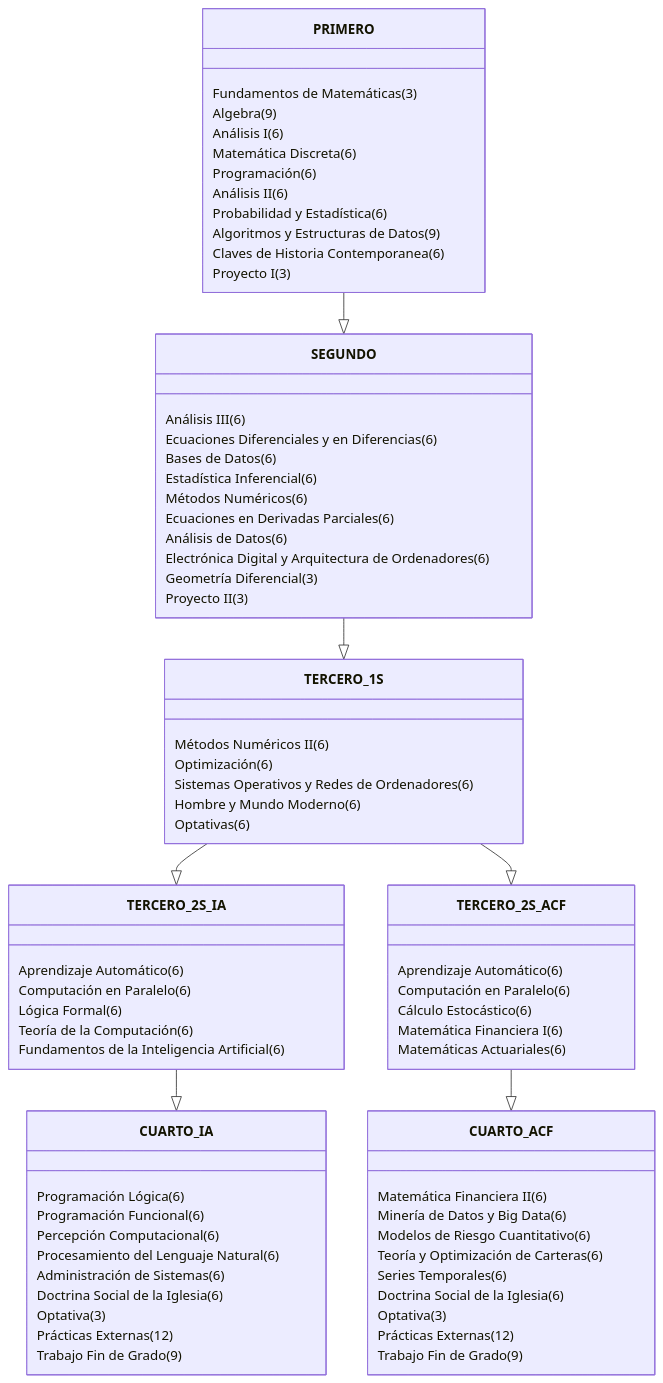
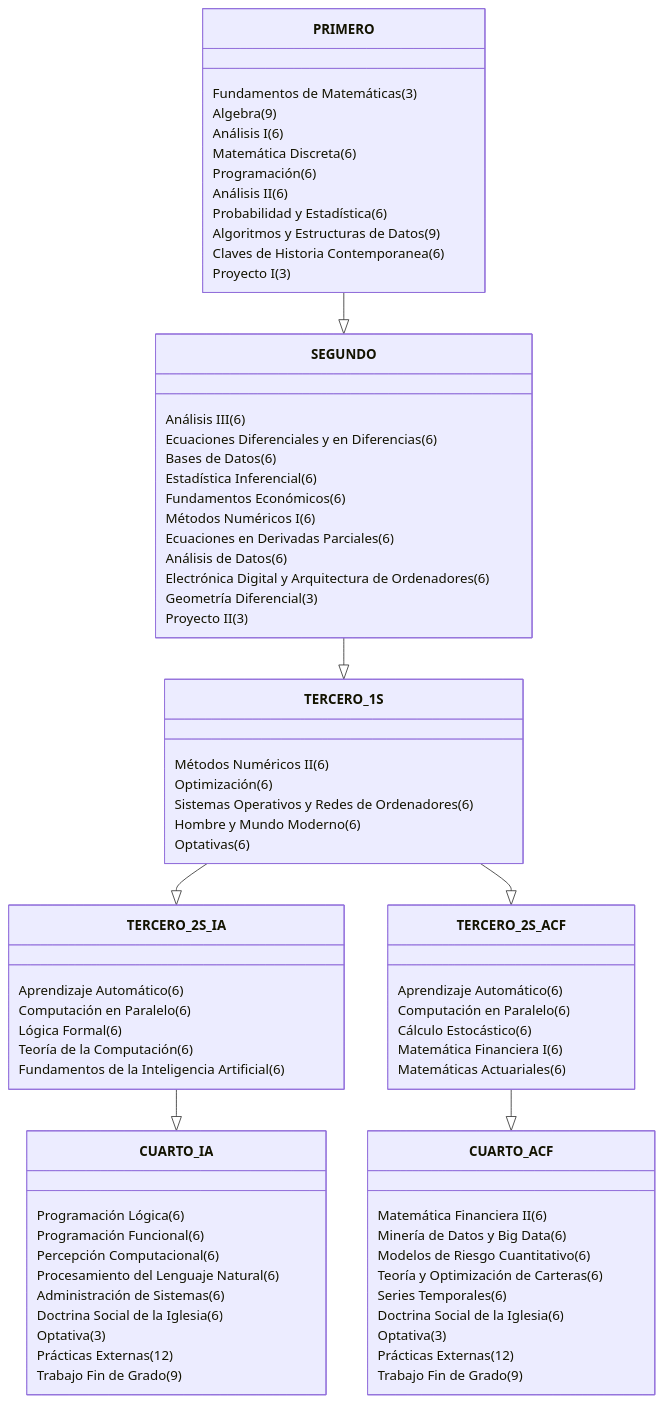
The diagram in content/plan-estudios/index.md (asalber/grado-ingenieria-matematica), drawn with Mermaid before and after one commit. The commit also changed 45 other files, not shown here.

```diff
--- a/content/plan-estudios/index.md
+++ b/content/plan-estudios/index.md
@@ -7,76 +7,77 @@
 {{< mermaid >}}
 classDiagram
 class PRIMERO
 PRIMERO: Fundamentos de Matemáticas (3)
 PRIMERO: Algebra (9)
 PRIMERO: Análisis I (6)
 PRIMERO: Matemática Discreta (6)
 PRIMERO: Programación (6)
 PRIMERO: Análisis II (6)
 PRIMERO: Probabilidad y Estadística (6)
 PRIMERO: Algoritmos y Estructuras de Datos (9)
 PRIMERO: Claves de Historia Contemporanea (6)
 PRIMERO: Proyecto I (3)
 
 class SEGUNDO
 SEGUNDO: Análisis III (6)
 SEGUNDO: Ecuaciones Diferenciales y en Diferencias (6)
 SEGUNDO: Bases de Datos (6)
 SEGUNDO: Estadística Inferencial (6)
-SEGUNDO: Métodos Numéricos (6)
+SEGUNDO: Fundamentos Económicos (6)
+SEGUNDO: Métodos Numéricos I (6)
 SEGUNDO: Ecuaciones en Derivadas Parciales (6)
 SEGUNDO: Análisis de Datos (6)
 SEGUNDO: Electrónica Digital y Arquitectura de Ordenadores (6)
 SEGUNDO: Geometría Diferencial (3)
 SEGUNDO: Proyecto II (3)
 
 class TERCERO_1S
 TERCERO_1S: Métodos Numéricos II (6) 
 TERCERO_1S: Optimización (6)
 TERCERO_1S: Sistemas Operativos y Redes de Ordenadores (6)
 TERCERO_1S: Hombre y Mundo Moderno (6)
 TERCERO_1S: Optativas (6)
 
 class TERCERO_2S_IA
 TERCERO_2S_IA: Aprendizaje Automático (6)
 TERCERO_2S_IA: Computación en Paralelo (6)
 TERCERO_2S_IA: Lógica Formal (6)
 TERCERO_2S_IA: Teoría de la Computación (6)
 TERCERO_2S_IA: Fundamentos de la Inteligencia Artificial (6)
 
 class TERCERO_2S_ACF
 TERCERO_2S_ACF: Aprendizaje Automático (6)
 TERCERO_2S_ACF: Computación en Paralelo (6)
 TERCERO_2S_ACF: Cálculo Estocástico (6)
 TERCERO_2S_ACF: Matemática Financiera I (6)
 TERCERO_2S_ACF: Matemáticas Actuariales (6)
 
 class CUARTO_IA
 CUARTO_IA: Programación Lógica (6)
 CUARTO_IA: Programación Funcional (6)
 CUARTO_IA: Percepción Computacional (6)
 CUARTO_IA: Procesamiento del Lenguaje Natural (6)
 CUARTO_IA: Administración de Sistemas (6)
 CUARTO_IA: Doctrina Social de la Iglesia (6)
 CUARTO_IA: Optativa (3)
 CUARTO_IA: Prácticas Externas (12)
 CUARTO_IA: Trabajo Fin de Grado (9)
 
 class CUARTO_ACF
 CUARTO_ACF: Matemática Financiera II (6)
 CUARTO_ACF: Minería de Datos y Big Data (6)
 CUARTO_ACF: Modelos de Riesgo Cuantitativo (6)
 CUARTO_ACF: Teoría y Optimización de Carteras (6)
 CUARTO_ACF: Series Temporales (6)
 CUARTO_ACF: Doctrina Social de la Iglesia (6)
 CUARTO_ACF: Optativa (3)
 CUARTO_ACF: Prácticas Externas (12)
 CUARTO_ACF: Trabajo Fin de Grado (9)
 
 PRIMERO --|> SEGUNDO
 SEGUNDO --|> TERCERO_1S
 TERCERO_1S --|> TERCERO_2S_IA
 TERCERO_1S --|> TERCERO_2S_ACF
 TERCERO_2S_IA --|> CUARTO_IA
 TERCERO_2S_ACF --|> CUARTO_ACF
 {{< /mermaid >}}
```
